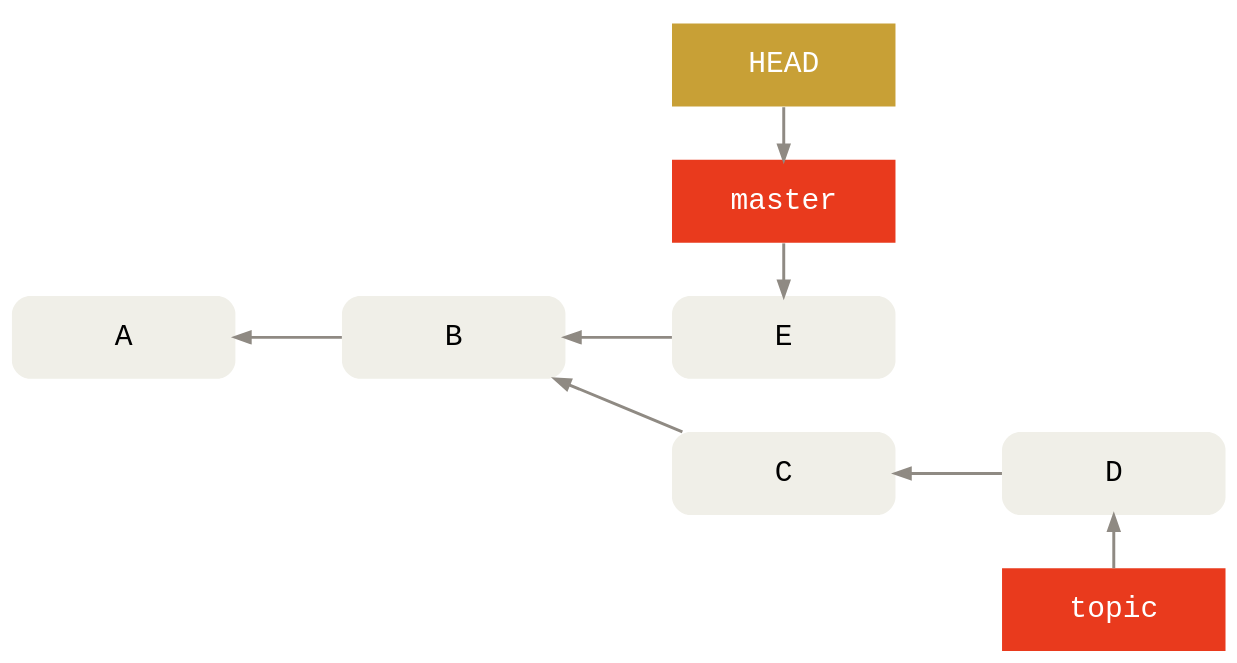
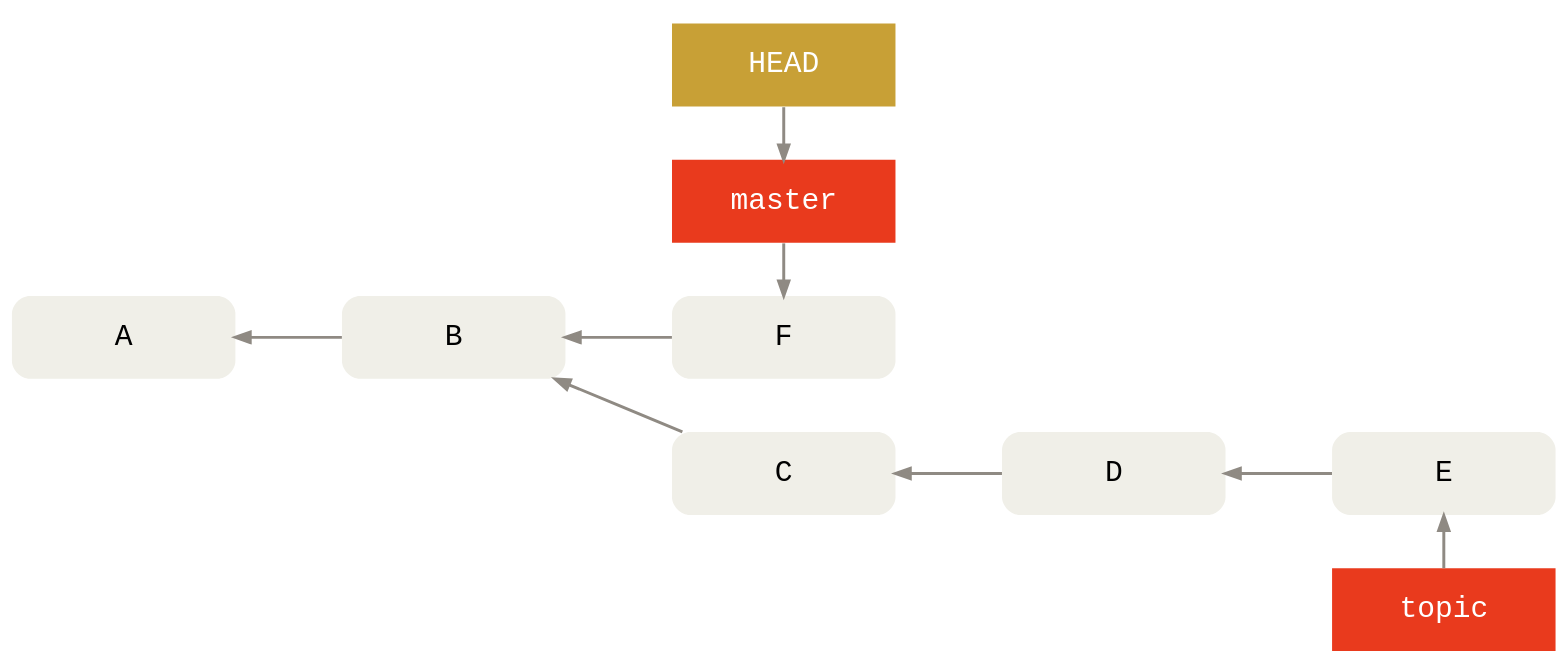
Before and after one commit to agross/git-reveal: the diagram in images/integration/diverged-history.gv, drawn with Graphviz. The commit also changed 9 other files, not shown here.

Commit message:
Align diverged graphs with the in-training examples

```diff
--- a/images/integration/diverged-history.gv
+++ b/images/integration/diverged-history.gv
@@ -1,43 +1,43 @@
 digraph Git {
   bgcolor="transparent"
 
   rankdir=LR
   ranksep=1
   nodesep=.5
 
   edge [color="#8f8a83"
         penwidth=2
         dir="back"]
   node [shape=box
         fontname="Menlo, Monaco, Consolas, Lucida Console, Courier New, monospace"
         fontsize=20
         margin=".2,.23"
         width=2.1
         penwidth=0]
 
   node [style="rounded,filled"
         fillcolor="#f0efe8"]
   node [group=master]
-  A -> B -> E
+  A -> B -> F
   node [group=topic]
-  B -> C -> D
+  B -> C -> D -> E
 
   node [style="filled"
         fontcolor="#ffffff"
         fillcolor="#e93a1d"]
   HEAD [fillcolor="#c8a036"]
 
   subgraph cluster_master {
     color=invis
     {
       rank=same
-      E -> master -> HEAD
+      F -> master -> HEAD
     }
   }
 
   // No cluster draws label below.
   {
     rank=same
-    D -> topic
+    E -> topic
   }
 }
```
